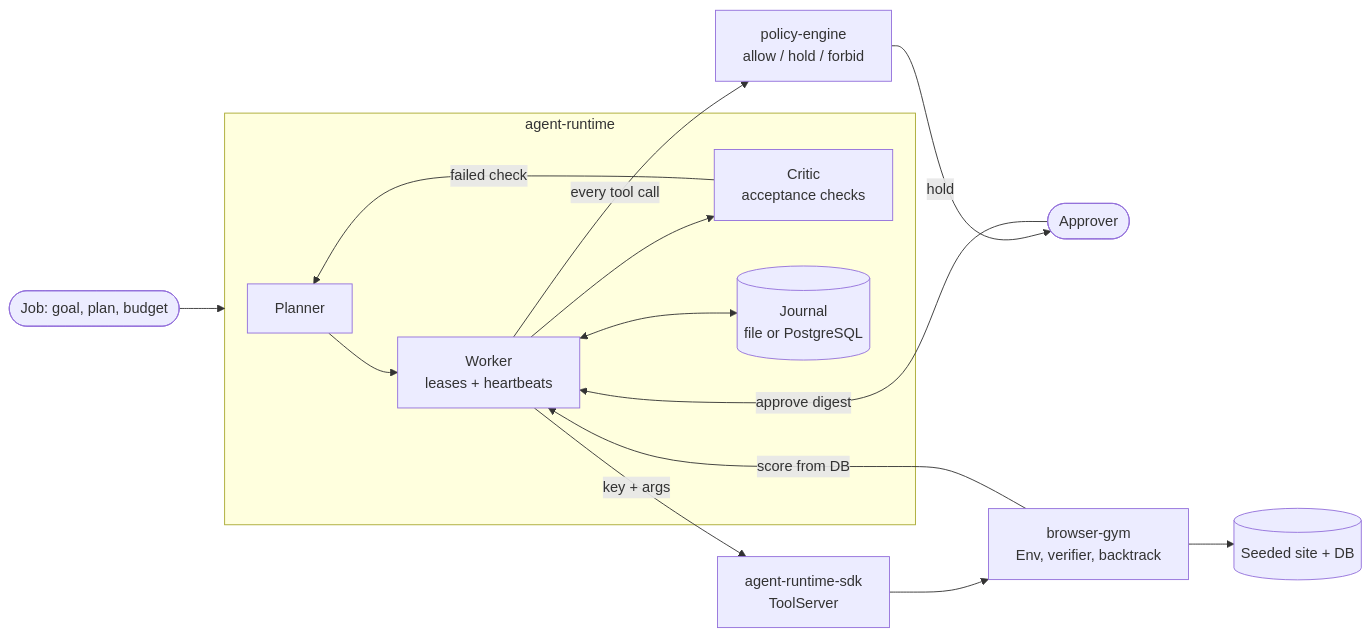
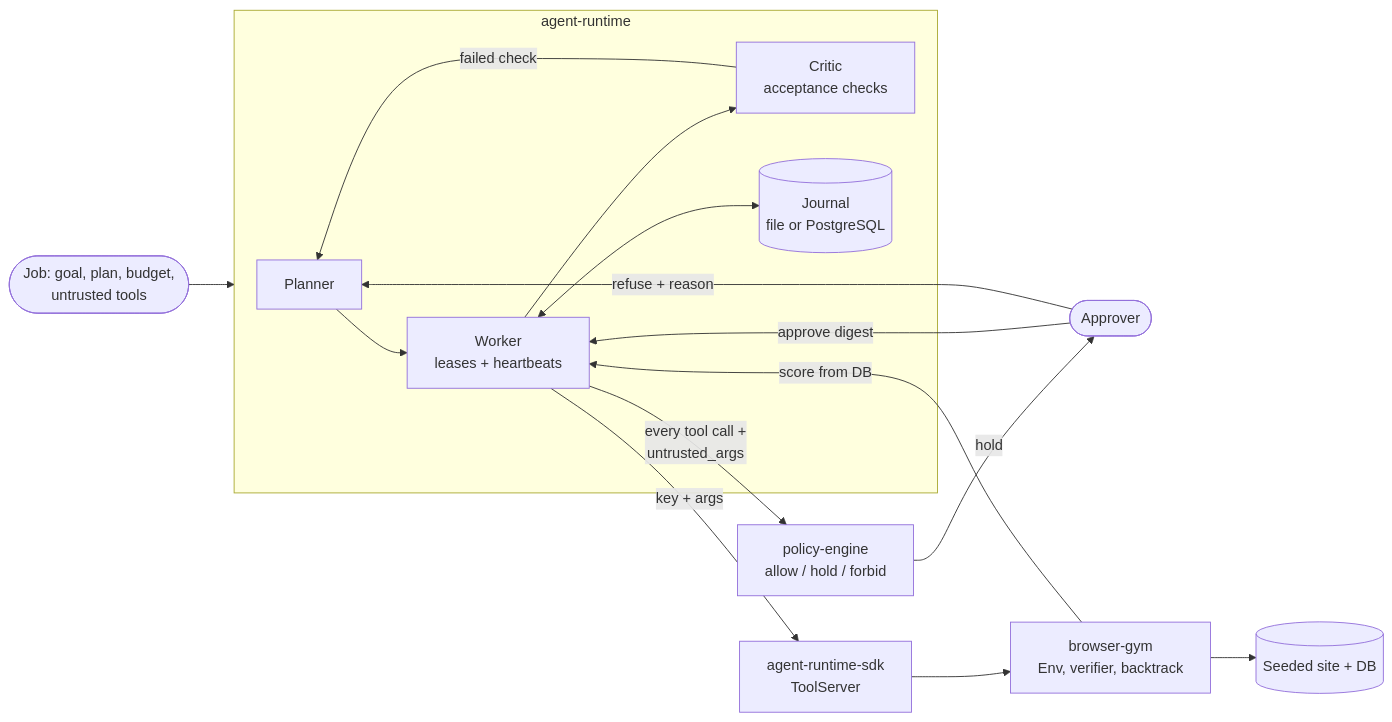
One commit to hanaml-lab/hana-agents changed the diagram in README.md. Above: the diagram before and after it, drawn with Mermaid. The commit also changed other lines of this file and 4 other files, not shown here.

````diff
--- a/README.md
+++ b/README.md
@@ -17,16 +80,18 @@
 ```mermaid
 flowchart LR
-    plan([Job: goal, plan, budget]) --> runtimed
+    plan([Job: goal, plan, budget,<br/>untrusted tools]) --> runtimed
     subgraph runtimed [agent-runtime]
         planner[Planner] --> worker[Worker<br/>leases + heartbeats]
         worker --> critic[Critic<br/>acceptance checks]
         critic -->|failed check| planner
         worker <--> journal[(Journal<br/>file or PostgreSQL)]
     end
-    worker -->|every tool call| policy[policy-engine<br/>allow / hold / forbid]
-    policy -->|hold| person([Approver]) -->|approve digest| worker
+    worker -->|every tool call +<br/>untrusted_args| policy[policy-engine<br/>allow / hold / forbid]
+    policy -->|hold| person([Approver])
+    person -->|approve digest| worker
+    person -->|refuse + reason| planner
     worker -->|key + args| sdk[agent-runtime-sdk<br/>ToolServer]
     sdk --> gym[browser-gym<br/>Env, verifier, backtrack]
     gym --> site[(Seeded site + DB)]
     gym -->|score from DB| worker
 ```
````
